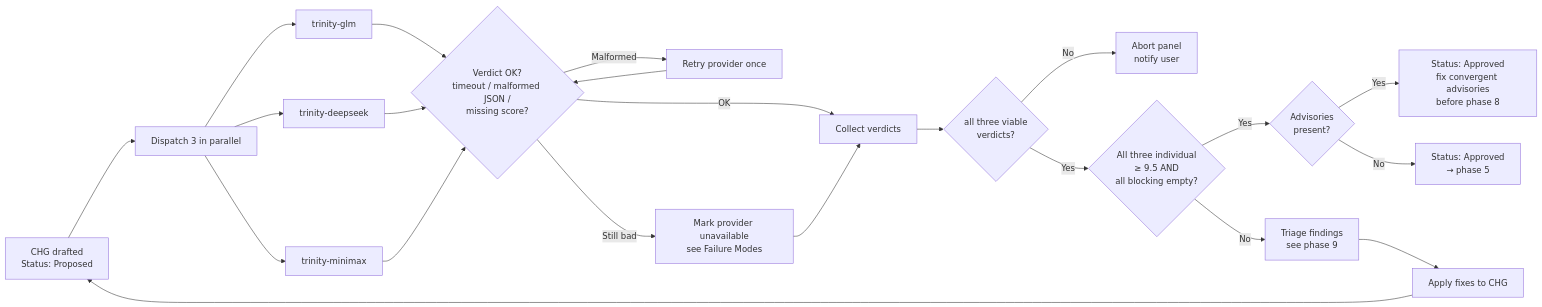
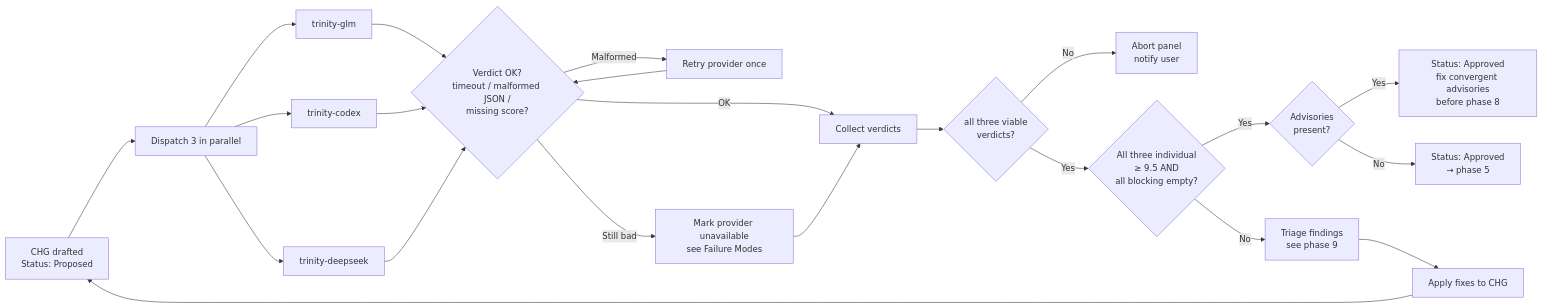
Before and after one commit to frankyxhl/trinity: the third of 7 diagrams in rules/TRN-1008-SOP-Multi-Agent-Review-Loop.md, drawn with Mermaid. The commit also changed other lines of this file and 32 other files, not shown here.

````diff
--- a/rules/TRN-1008-SOP-Multi-Agent-Review-Loop.md
+++ b/rules/TRN-1008-SOP-Multi-Agent-Review-Loop.md
@@ -436,24 +435,24 @@
 ```mermaid
 flowchart LR
     A[CHG drafted<br/>Status: Proposed] --> B[Dispatch 3 in parallel]
     B --> G1[trinity-glm]
-    B --> G2[trinity-deepseek]
-    B --> G3[trinity-minimax]
+    B --> G2[trinity-codex]
+    B --> G3[trinity-deepseek]
     G1 --> V1{Verdict OK?<br/>timeout / malformed JSON /<br/>missing score?}
     G2 --> V1
     G3 --> V1
     V1 -- Malformed --> R1[Retry provider once]
     R1 --> V1
     V1 -- "Still bad" --> Drop[Mark provider unavailable<br/>see Failure Modes]
     V1 -- OK --> J[Collect verdicts]
     Drop --> J
     J --> N1{all three viable<br/>verdicts?}
     N1 -- No --> Abort[Abort panel<br/>notify user]
     N1 -- Yes --> K{"All three individual<br/>≥ 9.5 AND<br/>all blocking empty?"}
     K -- Yes --> ADV{Advisories<br/>present?}
     ADV -- Yes --> L2[Status: Approved<br/>fix convergent advisories<br/>before phase 8]
     ADV -- No --> L[Status: Approved<br/>→ phase 5]
     K -- No --> M[Triage findings<br/>see phase 9]
     M --> NX[Apply fixes to CHG]
     NX --> A
 ```
````
